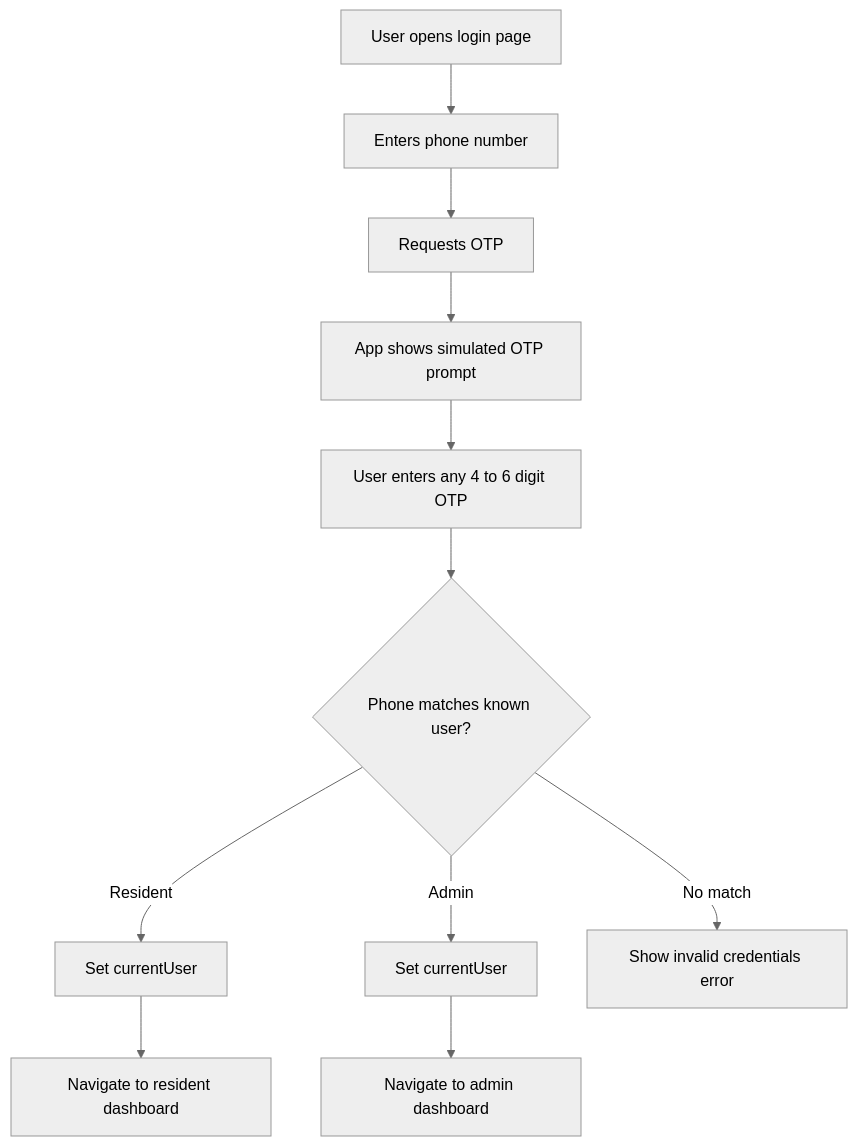
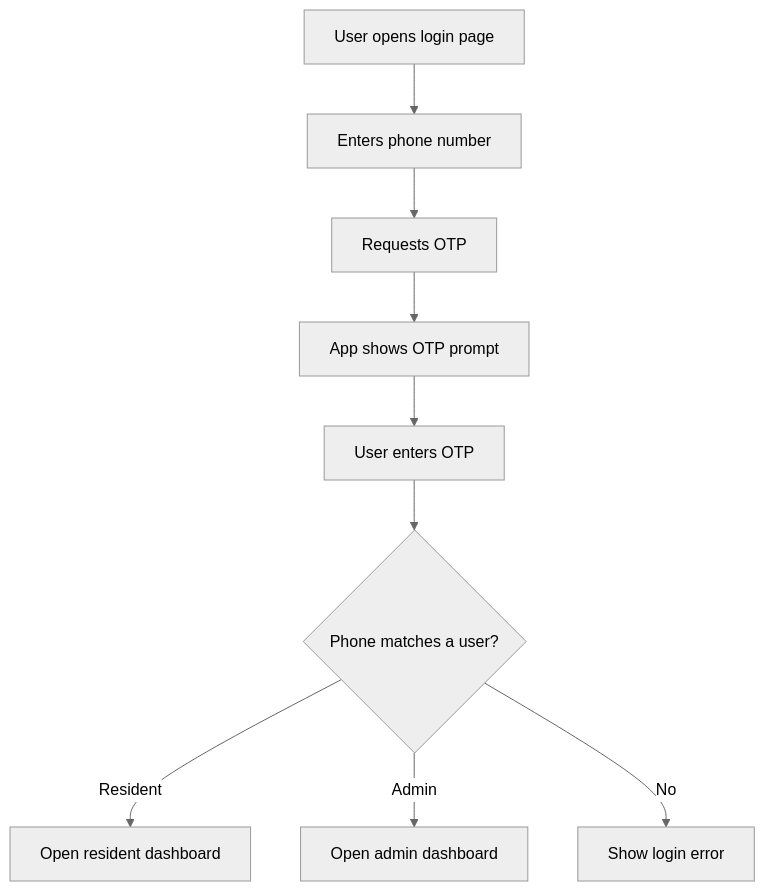
One commit to painful-bug/MAY2026-Team-035 changed the first of 20 diagrams in implemented_flows.md. Above: the diagram before and after it, drawn with Mermaid (neutral theme). The commit also changed other lines of this file, not shown here.

First line of the commit message:
Simplify flow documentation

````diff
--- a/implemented_flows.md
+++ b/implemented_flows.md
@@ -31,13 +7,11 @@
 ```mermaid
 flowchart TD
   A[User opens login page] --> B[Enters phone number]
   B --> C[Requests OTP]
-  C --> D[App shows simulated OTP prompt]
-  D --> E[User enters any 4 to 6 digit OTP]
-  E --> F{Phone matches known user?}
-  F -->|Resident| G[Set currentUser]
-  G --> H[Navigate to resident dashboard]
-  F -->|Admin| I[Set currentUser]
-  I --> J[Navigate to admin dashboard]
-  F -->|No match| K[Show invalid credentials error]
+  C --> D[App shows OTP prompt]
+  D --> E[User enters OTP]
+  E --> F{Phone matches a user?}
+  F -->|Resident| G[Open resident dashboard]
+  F -->|Admin| H[Open admin dashboard]
+  F -->|No| I[Show login error]
 ```
````
